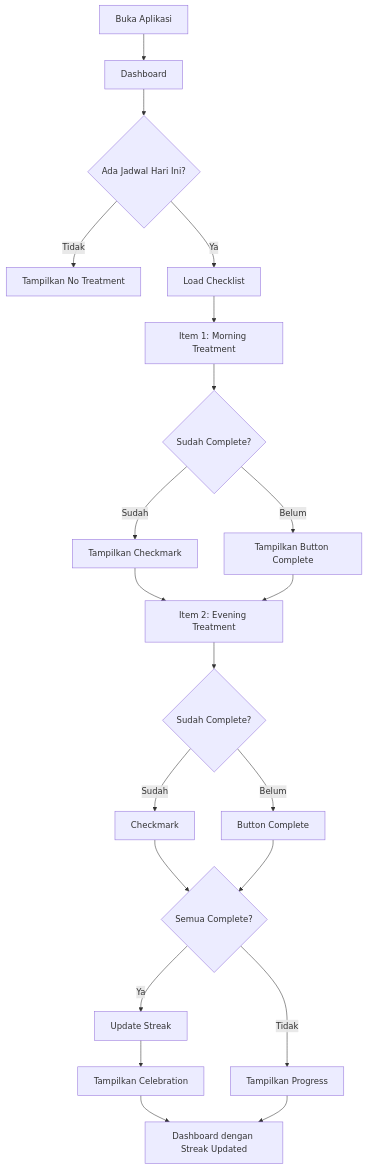
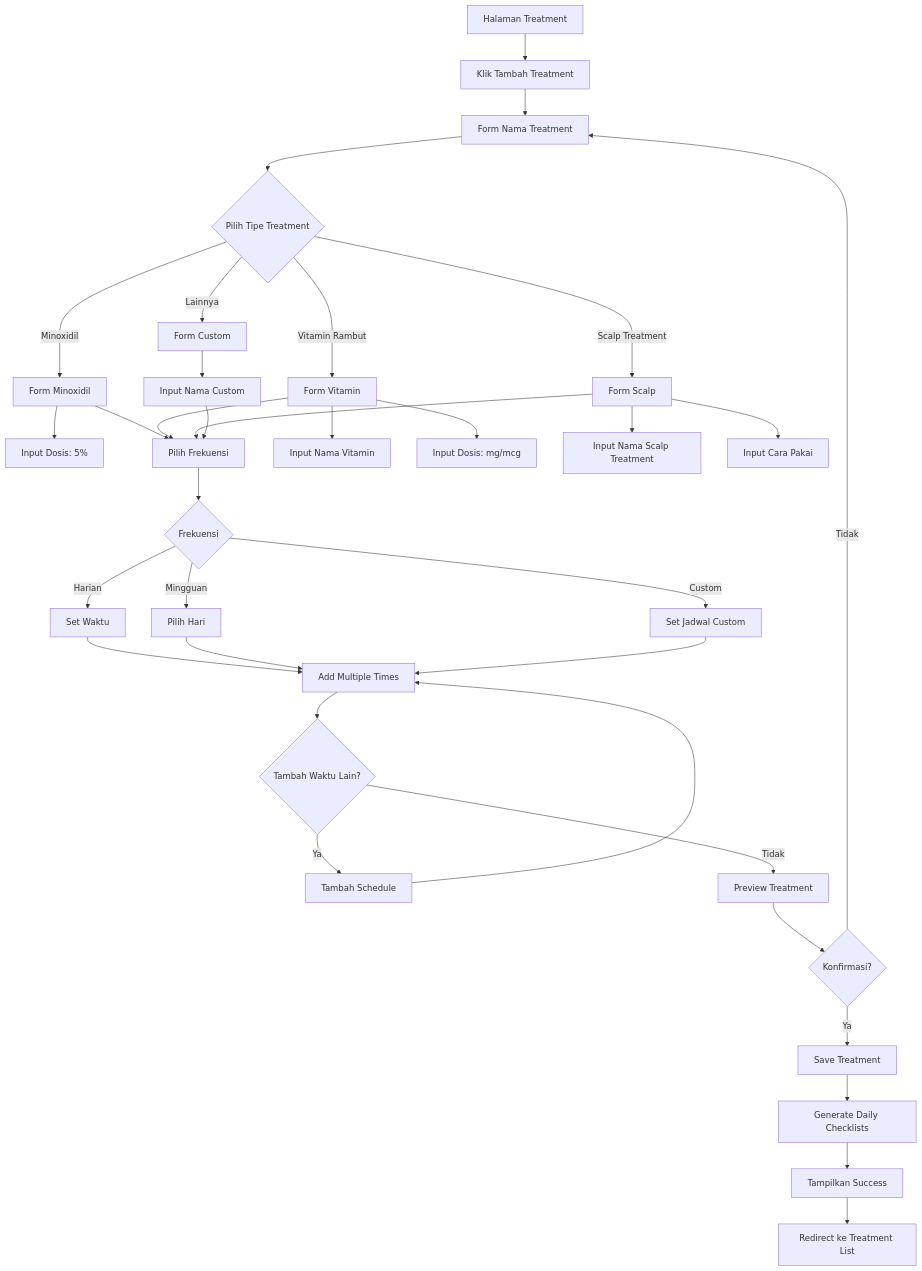
One commit to petrushandika/Scalp-Analytics changed the sixth of 9 diagrams in Documentation/USER-FLOW.md. Above: the diagram before and after it, drawn with Mermaid. The commit also changed other lines of this file and 5 other files, not shown here.

````diff
--- a/Documentation/USER-FLOW.md
+++ b/Documentation/USER-FLOW.md
@@ -374,31 +599,47 @@
 ```mermaid
 flowchart TD
-    A[Buka Aplikasi] --> B[Dashboard]
-    B --> C{Ada Jadwal Hari Ini?}
-
-    C -->|Tidak| D[Tampilkan No Treatment]
-    C -->|Ya| E[Load Checklist]
-
-    E --> F[Item 1: Morning Treatment]
-    F --> G{Sudah Complete?}
-
-    G -->|Sudah| H[Tampilkan Checkmark]
-    G -->|Belum| I[Tampilkan Button Complete]
-
-    H --> J[Item 2: Evening Treatment]
-    I --> J
-
-    J --> K{Sudah Complete?}
-    K -->|Sudah| L[Checkmark]
-    K -->|Belum| M[Button Complete]
-
-    L --> N{Semua Complete?}
-    M --> N
-
-    N -->|Ya| O[Update Streak]
-    N -->|Tidak| P[Tampilkan Progress]
-
-    O --> Q[Tampilkan Celebration]
-    Q --> R[Dashboard dengan Streak Updated]
-    P --> R
+    A[Halaman Treatment] --> B[Klik Tambah Treatment]
+    B --> C[Form Nama Treatment]
+    
+    C --> D{Pilih Tipe Treatment}
+    D -->|Minoxidil| E[Form Minoxidil]
+    D -->|Vitamin Rambut| F[Form Vitamin]
+    D -->|Scalp Treatment| G[Form Scalp]
+    D -->|Lainnya| H[Form Custom]
+    
+    E --> I[Input Dosis: 5%]
+    E --> J[Pilih Frekuensi]
+    
+    F --> K[Input Nama Vitamin]
+    F --> L[Input Dosis: mg/mcg]
+    F --> J
+    
+    G --> M[Input Nama Scalp Treatment]
+    G --> N[Input Cara Pakai]
+    G --> J
+    
+    H --> O[Input Nama Custom]
+    O --> J
+    
+    J --> P{Frekuensi}
+    P -->|Harian| Q[Set Waktu]
+    P -->|Mingguan| R[Pilih Hari]
+    P -->|Custom| S[Set Jadwal Custom]
+    
+    Q --> T[Add Multiple Times]
+    R --> T
+    S --> T
+    
+    T --> U{Tambah Waktu Lain?}
+    U -->|Ya| V[Tambah Schedule]
+    V --> T
+    U -->|Tidak| W[Preview Treatment]
+    
+    W --> X{Konfirmasi?}
+    X -->|Tidak| C
+    X -->|Ya| Y[Save Treatment]
+    
+    Y --> Z[Generate Daily Checklists]
+    Z --> AA[Tampilkan Success]
+    AA --> AB[Redirect ke Treatment List]
 ```
````
